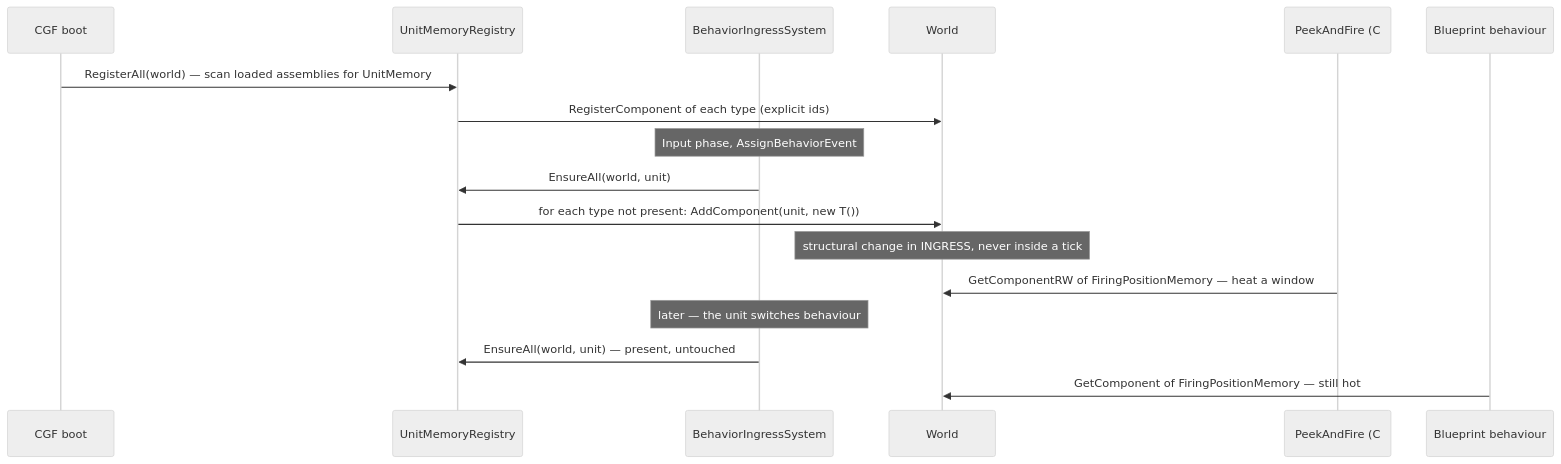
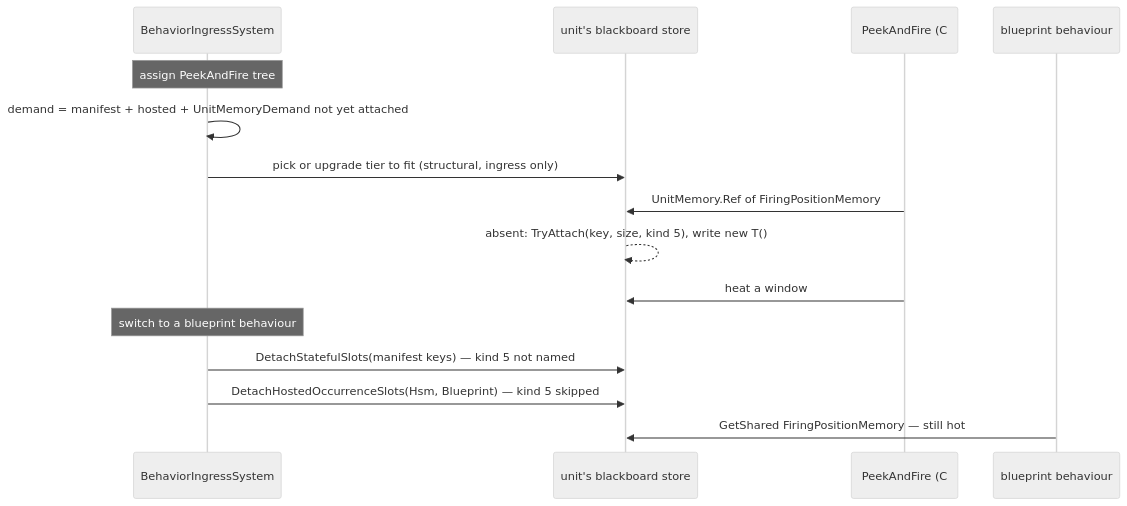
One commit to pjanec/HROT changed the second of 3 diagrams in docs/blueprints/Architect_Question_87_Unit_Memory.md. Above: the diagram before and after it, drawn with Mermaid (neutral theme). The commit also changed other lines of this file and 9 other files, not shown here.

First line of the commit message:
CE-3137 design: Q87 rewritten — unit-scoped shared blackboard structs in the blackboard store (no ECS component per type)

````diff
--- a/docs/blueprints/Architect_Question_87_Unit_Memory.md
+++ b/docs/blueprints/Architect_Question_87_Unit_Memory.md
@@ -96,19 +102,17 @@
 ```mermaid
 sequenceDiagram
-  participant Boot as CGF boot
-  participant Reg as UnitMemoryRegistry
   participant Ing as BehaviorIngressSystem
-  participant W as World
-  participant BT1 as PeekAndFire (C# node)
-  participant BP as Blueprint behaviour
-  Boot->>Reg: RegisterAll(world) — scan loaded assemblies for UnitMemory
-  Reg->>W: RegisterComponent of each type (explicit ids)
-  Note over Ing: Input phase, AssignBehaviorEvent
-  Ing->>Reg: EnsureAll(world, unit)
-  Reg->>W: for each type not present: AddComponent(unit, new T())
-  Note over W: structural change in INGRESS, never inside a tick
-  BT1->>W: GetComponentRW of FiringPositionMemory — heat a window
-  Note over Ing: later — the unit switches behaviour
-  Ing->>Reg: EnsureAll(world, unit) — present, untouched
-  BP->>W: GetComponent of FiringPositionMemory — still hot
+  participant Store as unit's blackboard store
+  participant PF as PeekAndFire (C#)
+  participant BP as blueprint behaviour
+  Note over Ing: assign PeekAndFire tree
+  Ing->>Ing: demand = manifest + hosted + UnitMemoryDemand not yet attached
+  Ing->>Store: pick or upgrade tier to fit (structural, ingress only)
+  PF->>Store: UnitMemory.Ref of FiringPositionMemory
+  Store-->>Store: absent: TryAttach(key, size, kind 5), write new T()
+  PF->>Store: heat a window
+  Note over Ing: switch to a blueprint behaviour
+  Ing->>Store: DetachStatefulSlots(manifest keys) — kind 5 not named
+  Ing->>Store: DetachHostedOccurrenceSlots(Hsm, Blueprint) — kind 5 skipped
+  BP->>Store: GetShared FiringPositionMemory — still hot
 ```
````
